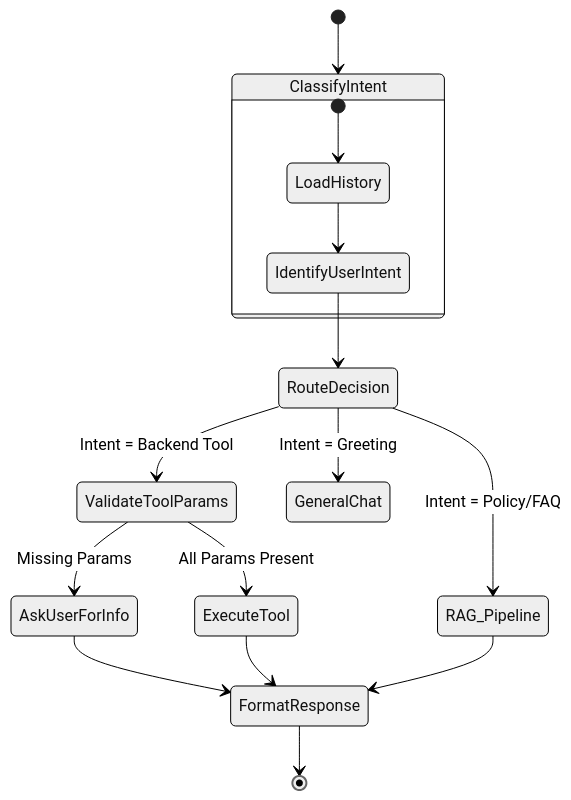
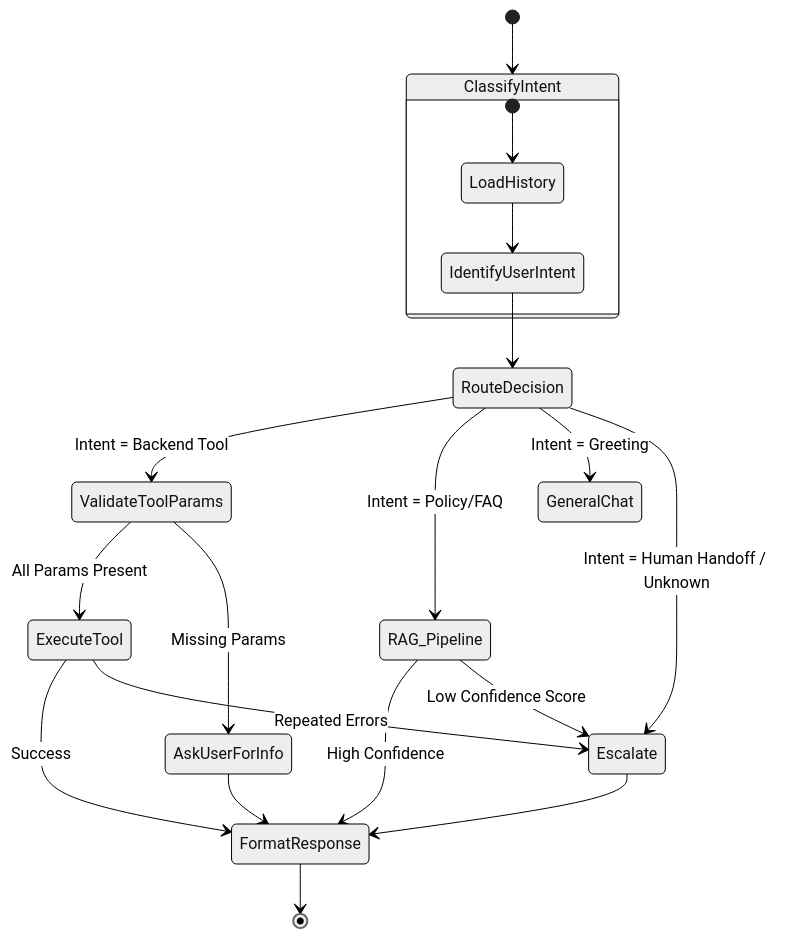
The second of 3 diagrams in README.md (satvikvatsa196-hash/autonomous-customer-support-agent), drawn with Mermaid (neutral theme) before and after one commit. The commit also changed other lines of this file and 4 other files, not shown here.

Commit message:
feat: Add human handoff and escalation logic

````diff
--- a/README.md
+++ b/README.md
@@ -34,24 +34,29 @@
 ```mermaid
 stateDiagram-v2
     [*] --> ClassifyIntent
     
     state ClassifyIntent {
         [*] --> LoadHistory
         LoadHistory --> IdentifyUserIntent
     }
     
     IdentifyUserIntent --> RouteDecision
     
     RouteDecision --> ValidateToolParams: Intent = Backend Tool
     ValidateToolParams --> ExecuteTool: All Params Present
     ValidateToolParams --> AskUserForInfo: Missing Params
     AskUserForInfo --> FormatResponse
     
     RouteDecision --> RAG_Pipeline: Intent = Policy/FAQ
     RouteDecision --> GeneralChat: Intent = Greeting
+    RouteDecision --> Escalate: Intent = Human Handoff / Unknown
     
-    ExecuteTool --> FormatResponse
-    RAG_Pipeline --> FormatResponse
+    ExecuteTool --> FormatResponse: Success
+    ExecuteTool --> Escalate: Repeated Errors
     
+    RAG_Pipeline --> FormatResponse: High Confidence
+    RAG_Pipeline --> Escalate: Low Confidence Score
+    
+    Escalate --> FormatResponse
     FormatResponse --> [*]
 ```
````
